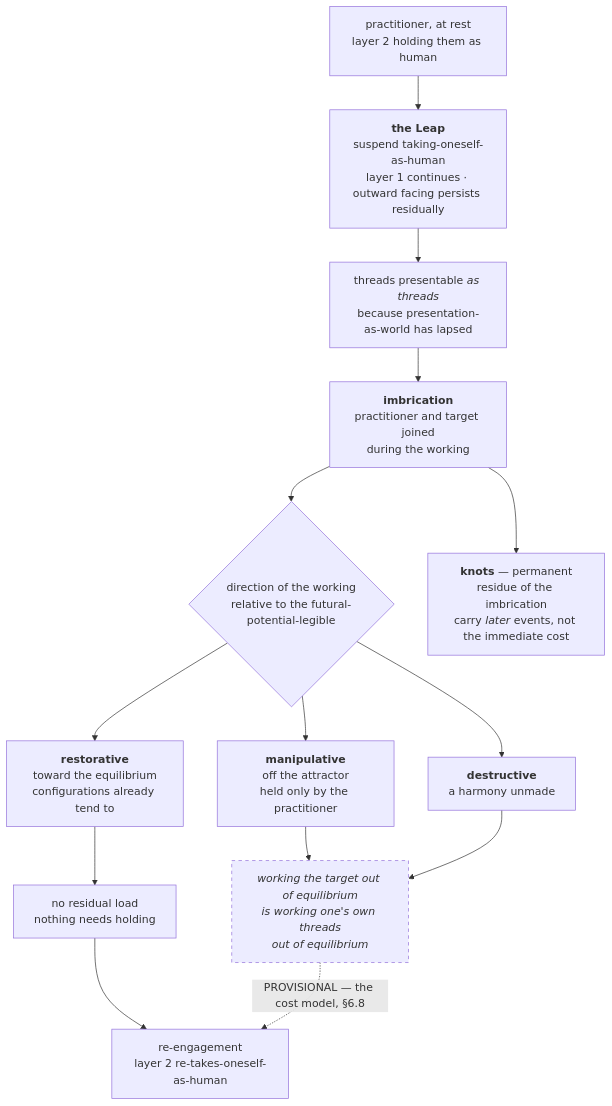
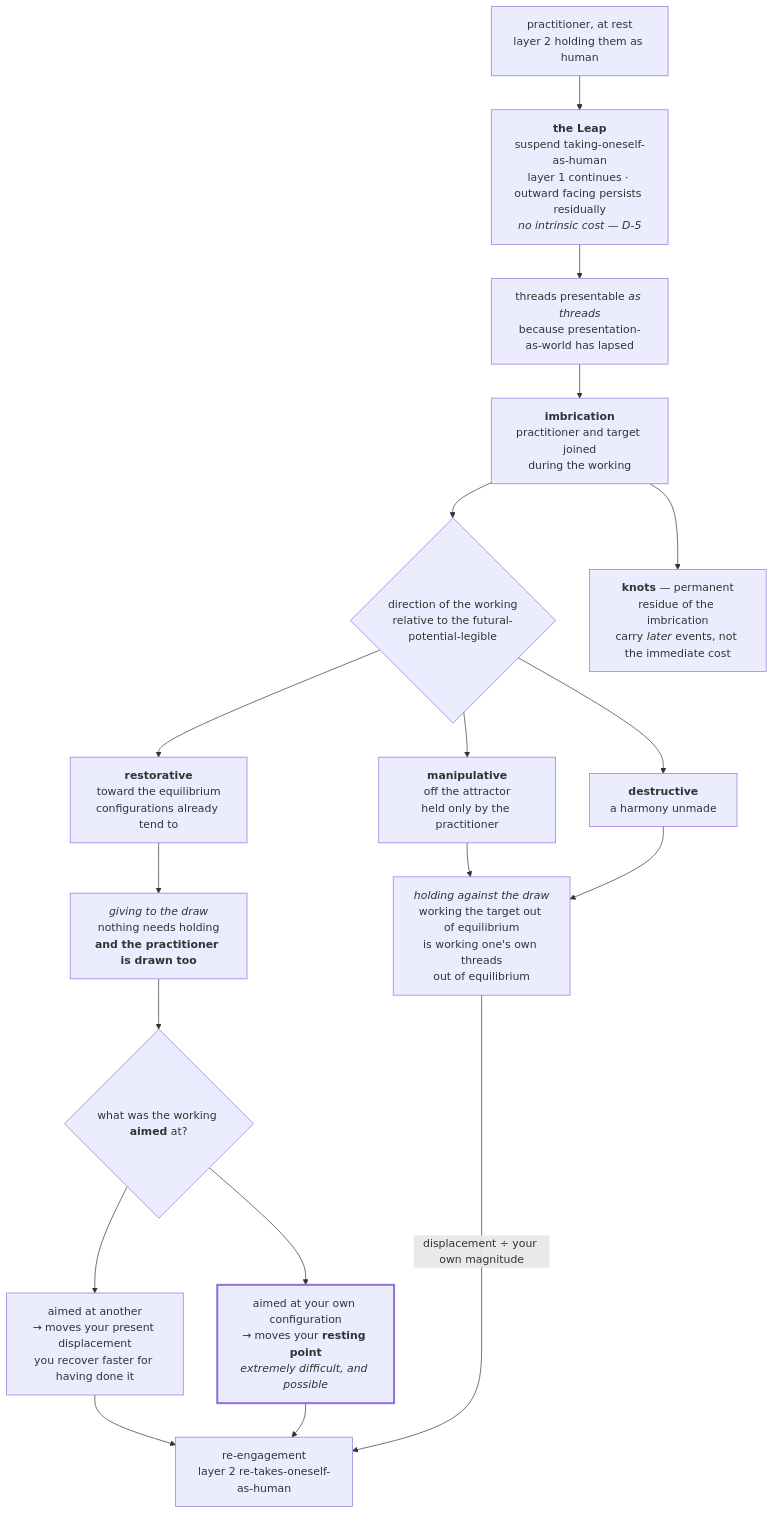
One commit to jordanelias/ttrpg changed the third of 8 diagrams in canon/philosophy/DIAGRAM.md. Above: the diagram before and after it, drawn with Mermaid. The commit also changed other lines of this file and 7 other files, not shown here.

````diff
--- a/canon/philosophy/DIAGRAM.md
+++ b/canon/philosophy/DIAGRAM.md
@@ -76,25 +78,32 @@
 ```mermaid
 flowchart TD
     A["practitioner, at rest<br/>layer 2 holding them as human"]
-    B["<b>the Leap</b><br/>suspend taking-oneself-as-human<br/>layer 1 continues · outward facing persists residually"]
+    B["<b>the Leap</b><br/>suspend taking-oneself-as-human<br/>layer 1 continues · outward facing persists residually<br/><i>no intrinsic cost — D-5</i>"]
     C["threads presentable <i>as threads</i><br/>because presentation-as-world has lapsed"]
     D["<b>imbrication</b><br/>practitioner and target joined<br/>during the working"]
     E{"direction of the working<br/>relative to the futural-potential-legible"}
     F["<b>restorative</b><br/>toward the equilibrium<br/>configurations already tend to"]
     G["<b>manipulative</b><br/>off the attractor<br/>held only by the practitioner"]
     H["<b>destructive</b><br/>a harmony unmade"]
-    I["no residual load<br/>nothing needs holding"]
-    J["<i>working the target out of equilibrium<br/>is working one's own threads<br/>out of equilibrium</i>"]
+    I["<i>giving to the draw</i><br/>nothing needs holding<br/><b>and the practitioner is drawn too</b>"]
+    J["<i>holding against the draw</i><br/>working the target out of equilibrium<br/>is working one's own threads<br/>out of equilibrium"]
+    M{"what was the working <b>aimed</b> at?"}
+    N["aimed at another<br/>→ moves your present displacement<br/>you recover faster for having done it"]
+    O["aimed at your own configuration<br/>→ moves your <b>resting point</b><br/><i>extremely difficult, and possible</i>"]
     K["<b>knots</b> — permanent<br/>residue of the imbrication<br/>carry <i>later</i> events, not the immediate cost"]
     L["re-engagement<br/>layer 2 re-takes-oneself-as-human"]
 
     A --> B --> C --> D --> E
     E --> F --> I
     E --> G --> J
     E --> H --> J
-    I --> L
-    J -.->|"PROVISIONAL — the cost model, §6.8"| L
+    I --> M
+    M --> N
+    M --> O
+    N --> L
+    O --> L
+    J -->|"displacement ÷ your own magnitude"| L
     D --> K
 
-    style J stroke-dasharray: 5 5
+    style O stroke-width:3px
 ```
````
